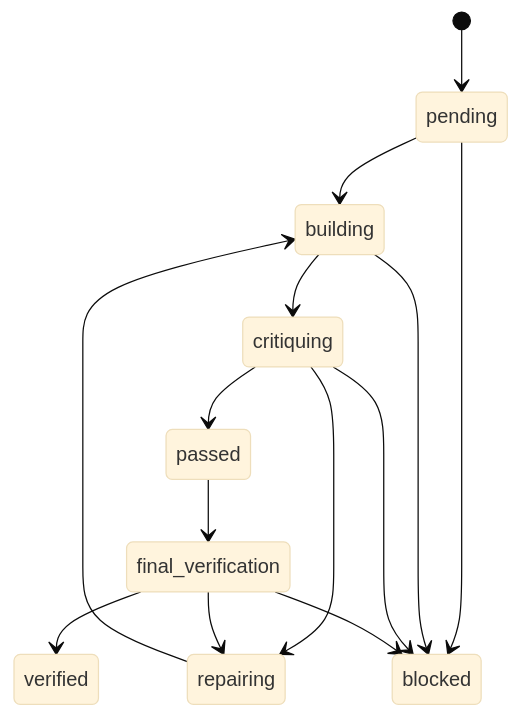
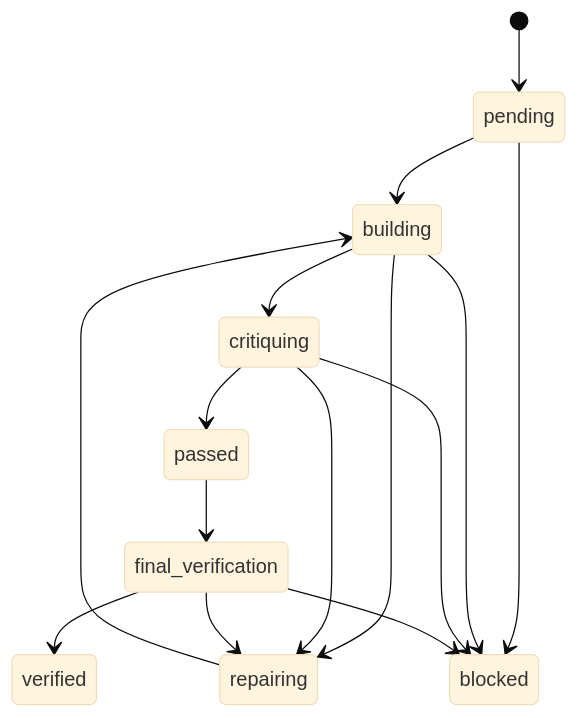
Before and after one commit to FrancyJGLisboa/agent-gauntlet-skills: the second of 2 diagrams in docs/architecture.md, drawn with Mermaid (base theme). The commit also changed other lines of this file and 13 other files, not shown here.

````diff
--- a/docs/architecture.md
+++ b/docs/architecture.md
@@ -34,16 +34,17 @@
 ```mermaid
 stateDiagram-v2
     [*] --> pending
     pending --> building
     building --> critiquing
+    building --> repairing
     critiquing --> repairing
     repairing --> building
     critiquing --> passed
     passed --> final_verification
     final_verification --> repairing
     final_verification --> verified
     pending --> blocked
     building --> blocked
     critiquing --> blocked
     final_verification --> blocked
 ```
````
